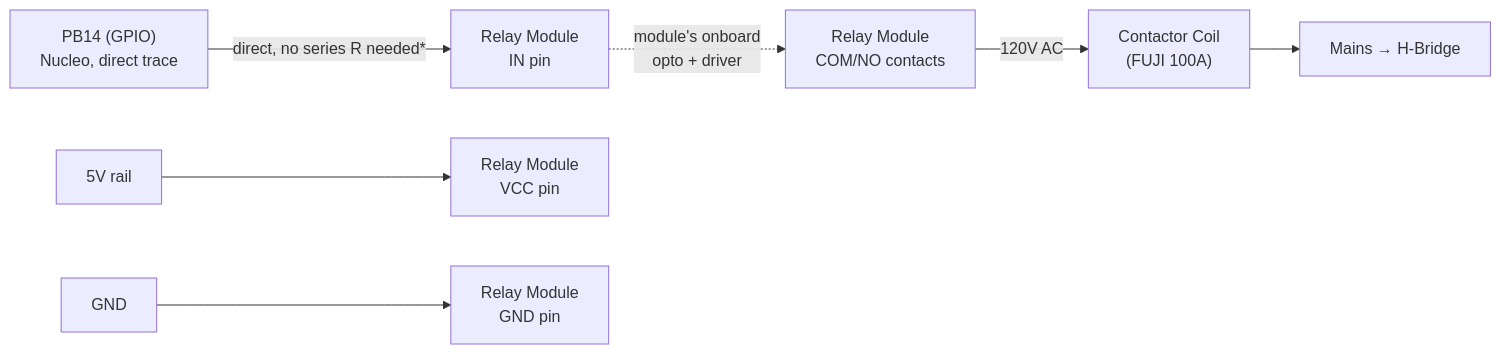
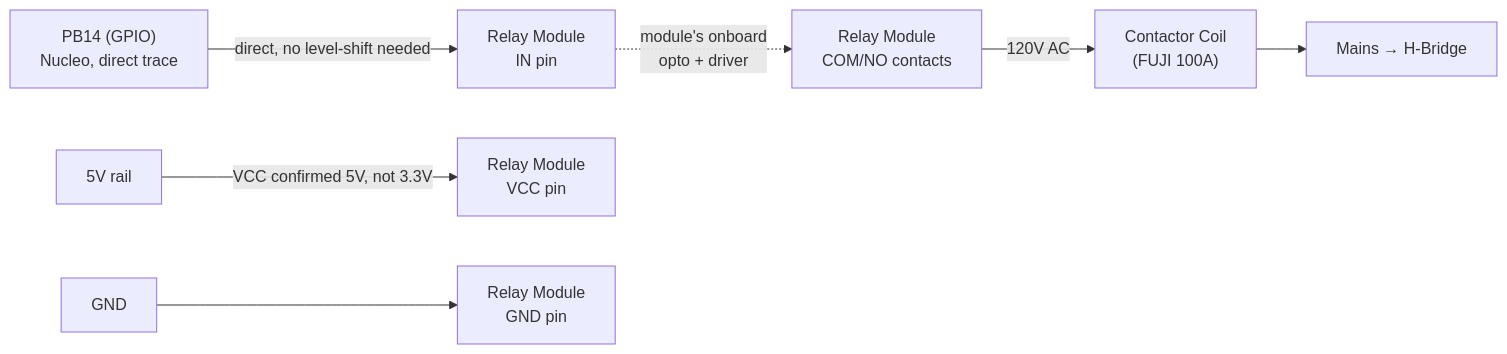
Before and after one commit to metanurb21/Nucleo-induction-heater: the fifth of 6 diagrams in docs/BOARD_V2_DIRECT.md, drawn with Mermaid. The commit also changed other lines of this file, not shown here.

First line of the commit message:
Resolve relay module VCC voltage: use 5V, not 3.3V

````diff
--- a/docs/BOARD_V2_DIRECT.md
+++ b/docs/BOARD_V2_DIRECT.md
@@ -418,9 +418,9 @@
 ```mermaid
 graph LR
-    PB14["PB14 (GPIO)<br/>Nucleo, direct trace"] -->|"direct, no series R needed*"| IN["Relay Module<br/>IN pin"]
-    V5["5V rail"] --> VCC["Relay Module<br/>VCC pin"]
+    PB14["PB14 (GPIO)<br/>Nucleo, direct trace"] -->|"direct, no level-shift needed"| IN["Relay Module<br/>IN pin"]
+    V5["5V rail"] -->|"VCC confirmed 5V, not 3.3V"| VCC["Relay Module<br/>VCC pin"]
     GND["GND"] --> GNDM["Relay Module<br/>GND pin"]
     IN -.->|"module's onboard<br/>opto + driver"| RELAY_OUT["Relay Module<br/>COM/NO contacts"]
     RELAY_OUT -->|"120V AC"| COIL["Contactor Coil<br/>(FUJI 100A)"]
     COIL --> MAINS["Mains → H-Bridge"]
 ```
````
